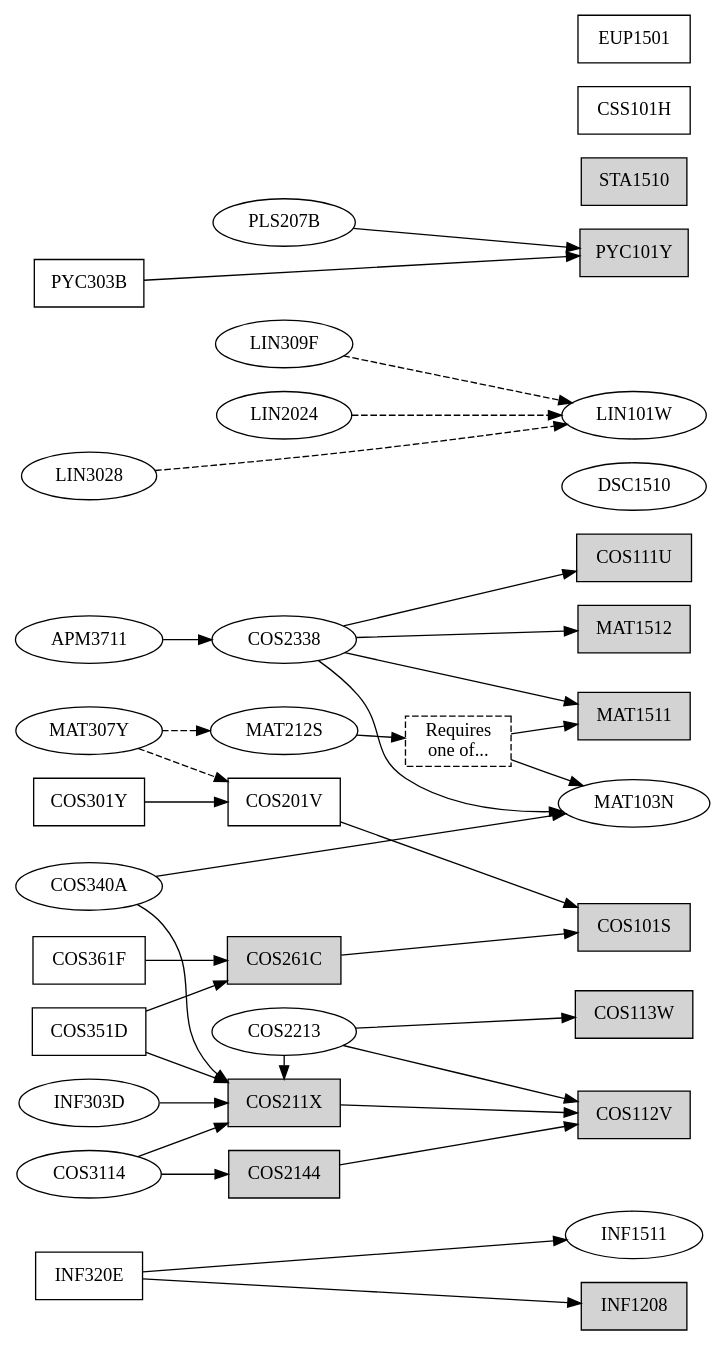
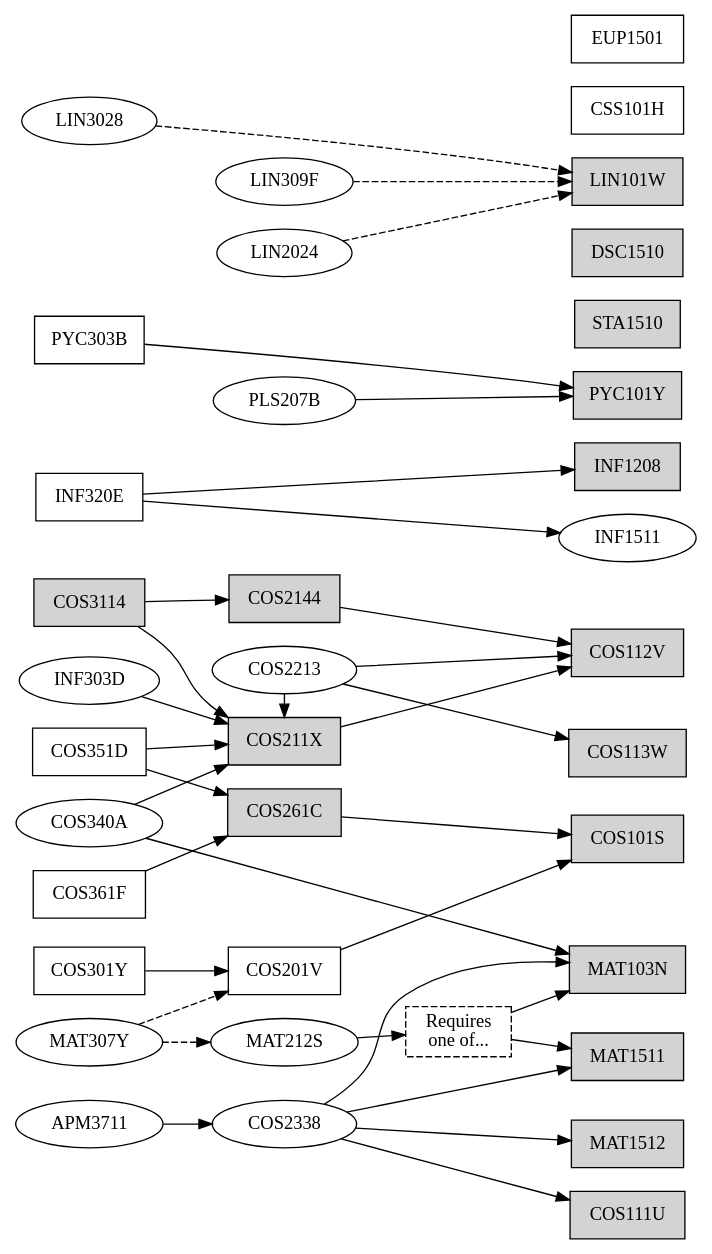
One commit to apauley/unisa-module-graph changed the diagram in ComputationalIntelligence.dot. Above: the diagram before and after it, drawn with Graphviz.

Commit message:
Indicate optional modules differently

```diff
--- a/ComputationalIntelligence.dot
+++ b/ComputationalIntelligence.dot
@@ -1,57 +1,54 @@
 digraph ComputationalIntelligence {
     node [shape=box];
     rankdir=LR;
-
-    // Optional modules are ellipse-shaped
-    {node [shape=ellipse];
-    INF1511 MAT103N DSC1510 LIN101W
-    COS2213 COS2338 MAT212S LIN309F LIN2024 PLS207B
-    COS3114 APM3711 MAT307Y INF303D LIN3028 COS340A}
 
     // Completed modules
     {node [style=filled];
     COS111U COS112V COS113W MAT1511 MAT1512 COS101S
     INF1208 PYC101Y STA1510 MAT103N DSC1510 LIN101W
     COS211X COS261C COS2144 COS3114}
 
     {rank=same; COS301Y INF320E COS351D COS361F PYC303B}
-    {rank=same; COS3114 APM3711 MAT307Y INF303D LIN3028 COS340A}
+    {rank=same; node [shape=ellipse];
+    COS3114 APM3711 MAT307Y INF303D LIN3028 COS340A}
 
     {rank=same; COS201V COS211X COS261C COS2144}
-    {rank=same; COS2213 COS2338 MAT212S LIN309F LIN2024 PLS207B}
+    {rank=same; node [shape=ellipse];
+    COS2213 COS2338 MAT212S LIN309F LIN2024 PLS207B}
 
     {rank=same; COS101S COS112V COS113W INF1208 MAT1511 MAT1512
                 PYC101Y COS111U CSS101H STA1510 EUP1501}
 
-    {rank=same; INF1511 MAT103N DSC1510 LIN101W}
+    {rank=same; node [shape=ellipse];
+    INF1511 MAT103N DSC1510 LIN101W}
 
     COS301Y -> {COS201V}
     INF320E -> {INF1208 INF1511}
     COS351D -> {COS211X COS261C}
     COS361F -> {COS261C}
     PYC303B -> {PYC101Y}
 
     COS3114 -> {COS211X COS2144}
     APM3711 -> {COS2338}
     MAT307Y -> {MAT212S COS201V} [style=dashed]
     INF303D -> {COS211X}
     LIN3028 -> {LIN101W} [style=dashed]
     COS340A -> {COS211X MAT103N}
 
 
     COS201V -> {COS101S}
     COS211X -> {COS112V}
     COS261C -> {COS101S}
     COS2144 -> {COS112V}
 
     {rank=same; COS2213 COS211X}
     COS2213 -> {COS112V COS113W}
     COS2213 -> {COS211X}
     COS2338 -> {COS111U MAT103N MAT1511 MAT1512}
     MAT103OR151 [label="Requires\none of...", style=dashed];
     MAT212S -> {MAT103OR151}
     MAT103OR151 -> {MAT103N MAT1511}
     LIN309F -> {LIN101W} [style=dashed]
     LIN2024 -> {LIN101W} [style=dashed]
     PLS207B -> {PYC101Y}
 }
```
